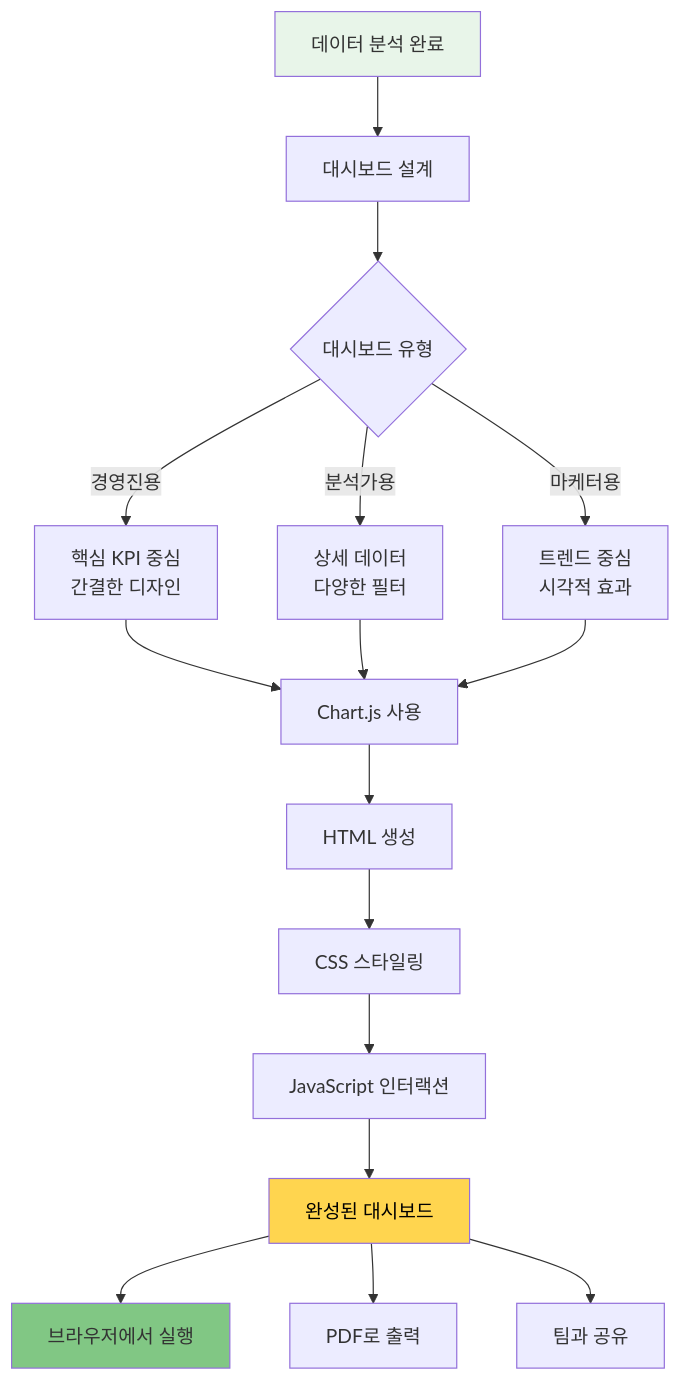
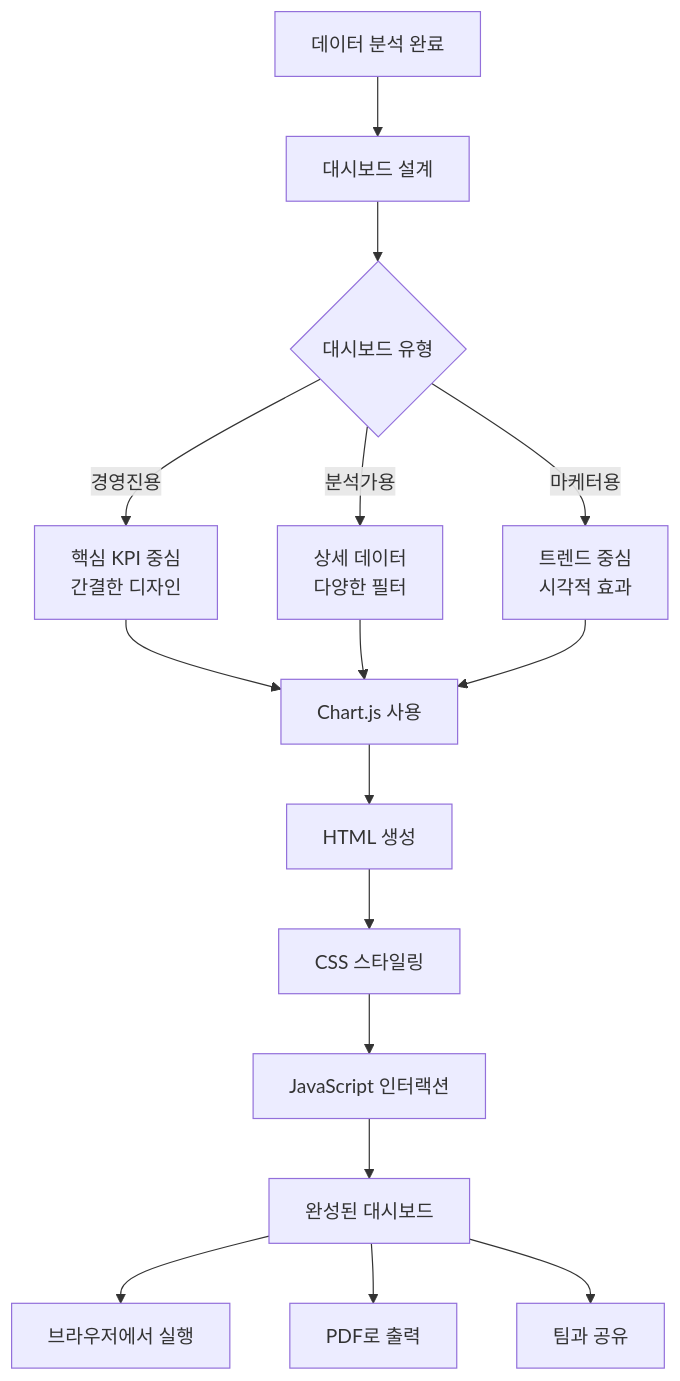
Before and after one commit to nugurejeil/weniVooks: the fourth of 8 diagrams in _md/genai-notion/chapter04/04-3.md, drawn with Mermaid. The commit also changed other lines of this file and 187 other files, not shown here.

````diff
--- a/_md/genai-notion/chapter04/04-3.md
+++ b/_md/genai-notion/chapter04/04-3.md
@@ -233,27 +228,23 @@
 ```mermaid
 flowchart TD
     A[데이터 분석 완료] --> B[대시보드 설계]
     B --> C{대시보드 유형}
 
     C -->|경영진용| D[핵심 KPI 중심<br/>간결한 디자인]
     C -->|분석가용| E[상세 데이터<br/>다양한 필터]
     C -->|마케터용| F[트렌드 중심<br/>시각적 효과]
 
     D --> G[Chart.js 사용]
     E --> G
     F --> G
 
     G --> H[HTML 생성]
     H --> I[CSS 스타일링]
     I --> J[JavaScript 인터랙션]
 
     J --> K[완성된 대시보드]
 
     K --> L[브라우저에서 실행]
     K --> M[PDF로 출력]
-    K --> N[팀과 공유]
-
-    style A fill:#E8F5E9
-    style K fill:#FFD54F,color:#000
-    style L fill:#81C784
+    K --> N["팀과 공유"]
 ```
````
